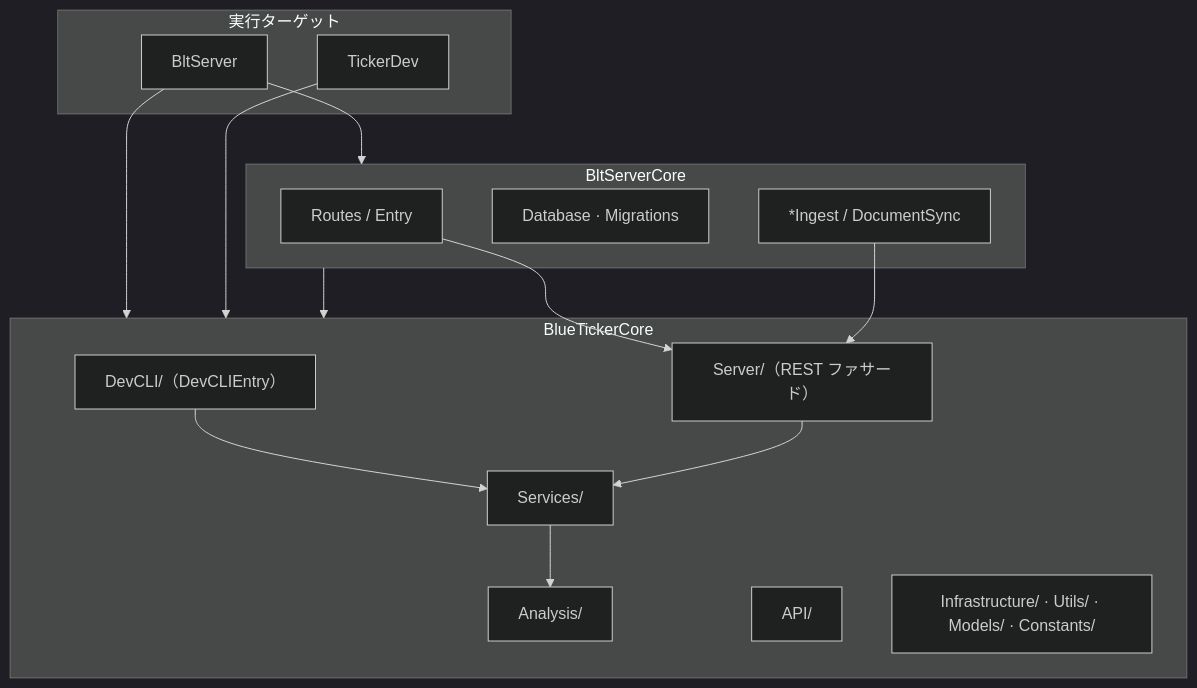
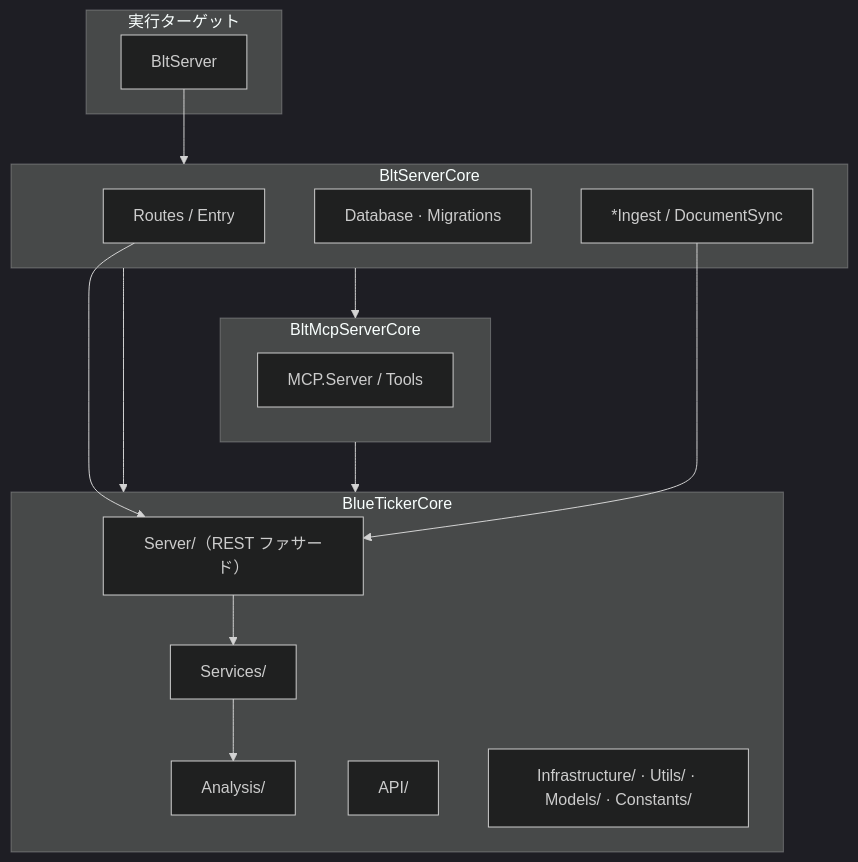
Before and after one commit to sollahiro/blue-ticker: the first of 2 diagrams in docs/architecture.md, drawn with Mermaid (dark theme). The commit also changed other lines of this file and 88 other files, not shown here.

````diff
--- a/docs/architecture.md
+++ b/docs/architecture.md
@@ -38,29 +40,29 @@
 ```mermaid
 graph TD
     subgraph exe["実行ターゲット"]
         blt["BltServer"]
-        tickerdev["TickerDev"]
+    end
+    subgraph mcp["BltMcpServerCore"]
+        MCP["MCP.Server / Tools"]
     end
     subgraph core["BlueTickerCore"]
-        DevCLI["DevCLI/（DevCLIEntry）"]
         Server["Server/（REST ファサード）"]
         Services["Services/"]
         Analysis["Analysis/"]
         API["API/"]
         Infra["Infrastructure/ · Utils/ · Models/ · Constants/"]
     end
     subgraph servercore["BltServerCore"]
         Transport["Routes / Entry"]
         DB["Database · Migrations"]
         Ingest["*Ingest / DocumentSync"]
     end
     blt --> servercore
-    blt --> core
-    tickerdev --> core
     servercore --> core
-    DevCLI --> Services
+    servercore --> mcp
+    mcp --> core
     Server --> Services
     Services --> Analysis
     Transport --> Server
     Ingest --> Server
 ```
````
